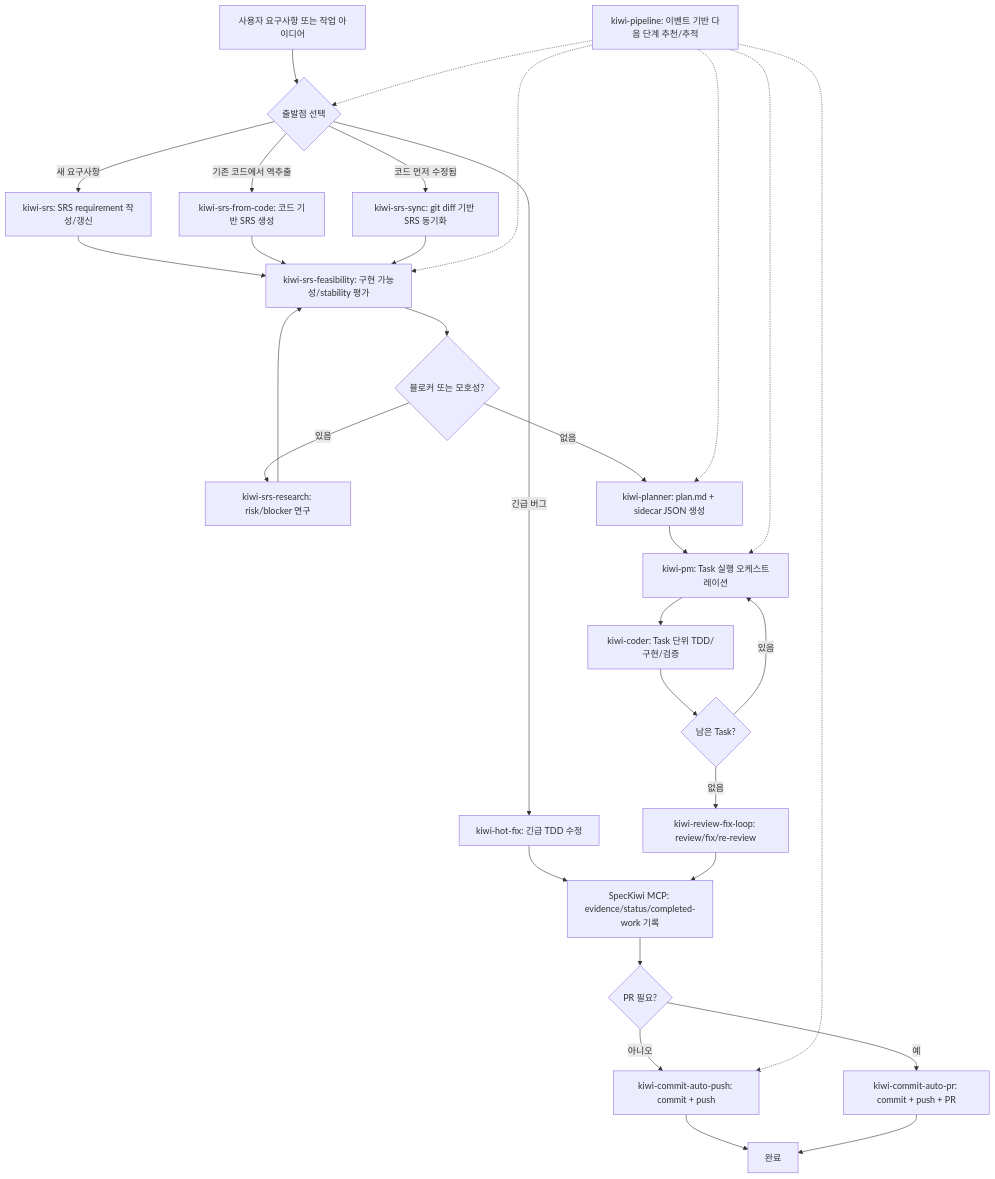
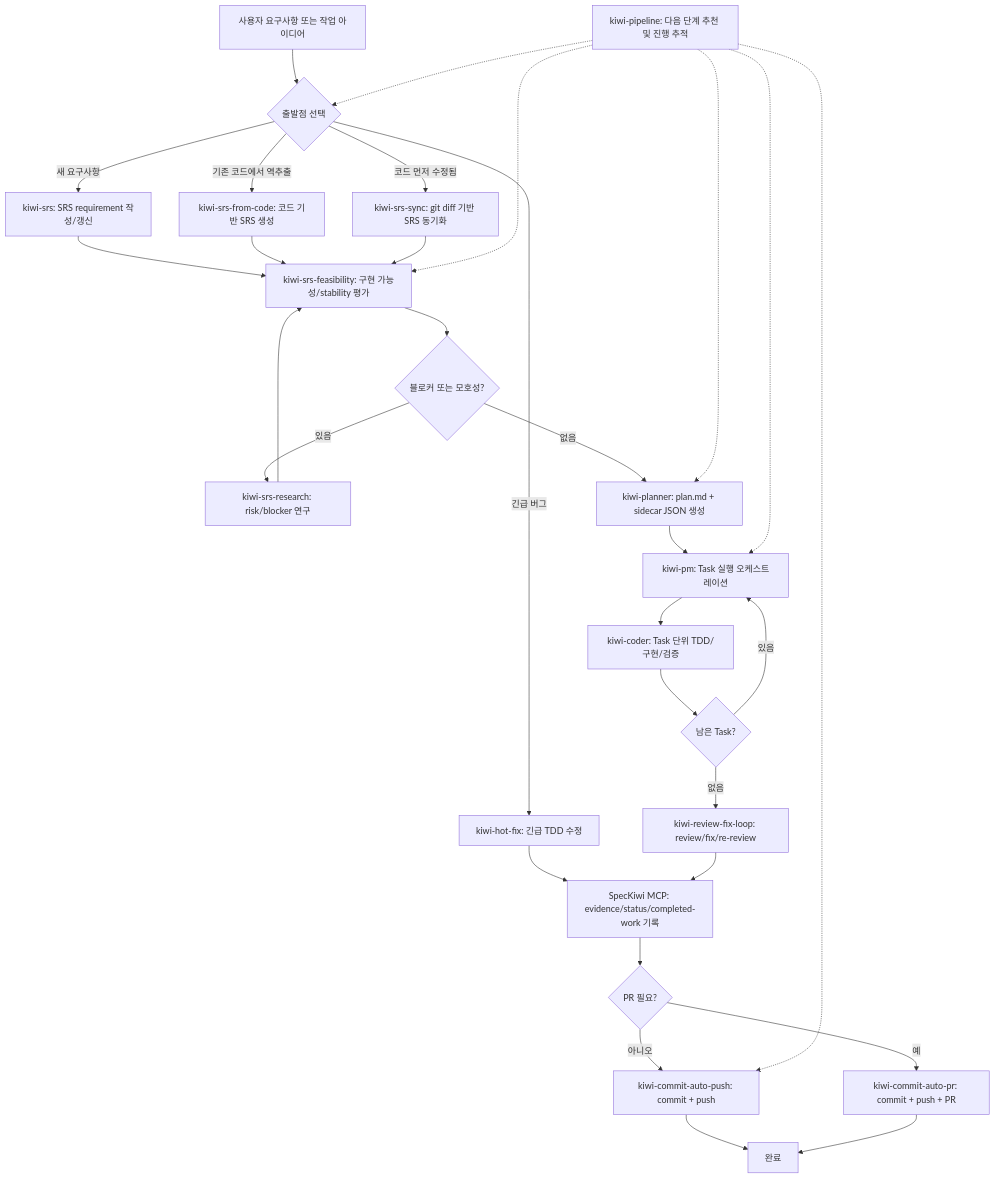
Before and after one commit to Snoworca/speckiwi: the third of 4 diagrams in README.md, drawn with Mermaid. The commit also changed other lines of this file, not shown here.

````diff
--- a/README.md
+++ b/README.md
@@ -729,36 +780,36 @@
 ```mermaid
 flowchart TD
     A["사용자 요구사항 또는 작업 아이디어"] --> B{"출발점 선택"}
     B -->|새 요구사항| C["kiwi-srs: SRS requirement 작성/갱신"]
     B -->|기존 코드에서 역추출| D["kiwi-srs-from-code: 코드 기반 SRS 생성"]
     B -->|코드 먼저 수정됨| E["kiwi-srs-sync: git diff 기반 SRS 동기화"]
     B -->|긴급 버그| Q["kiwi-hot-fix: 긴급 TDD 수정"]
 
     C --> F["kiwi-srs-feasibility: 구현 가능성/stability 평가"]
     D --> F
     E --> F
     Q --> M
 
     F --> G{"블로커 또는 모호성?"}
     G -->|있음| H["kiwi-srs-research: risk/blocker 연구"]
     H --> F
     G -->|없음| I["kiwi-planner: plan.md + sidecar JSON 생성"]
 
     I --> J["kiwi-pm: Task 실행 오케스트레이션"]
     J --> K["kiwi-coder: Task 단위 TDD/구현/검증"]
     K --> L{"남은 Task?"}
     L -->|있음| J
     L -->|없음| R["kiwi-review-fix-loop: review/fix/re-review"]
     R --> M["SpecKiwi MCP: evidence/status/completed-work 기록"]
     M --> S{"PR 필요?"}
     S -->|아니오| N["kiwi-commit-auto-push: commit + push"]
     S -->|예| T["kiwi-commit-auto-pr: commit + push + PR"]
     N --> O["완료"]
     T --> O
 
-    P["kiwi-pipeline: 이벤트 기반 다음 단계 추천/추적"] -.-> B
+    P["kiwi-pipeline: 다음 단계 추천 및 진행 추적"] -.-> B
     P -.-> F
     P -.-> I
     P -.-> J
     P -.-> N
 ```
````
